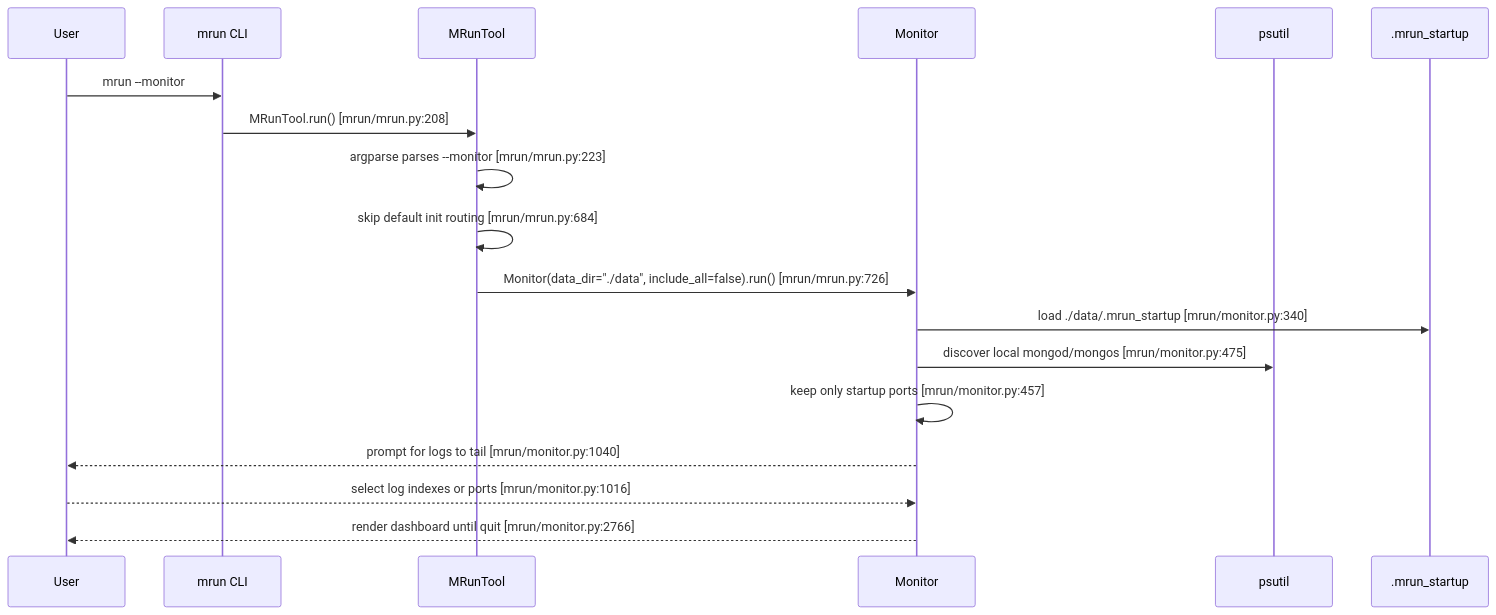
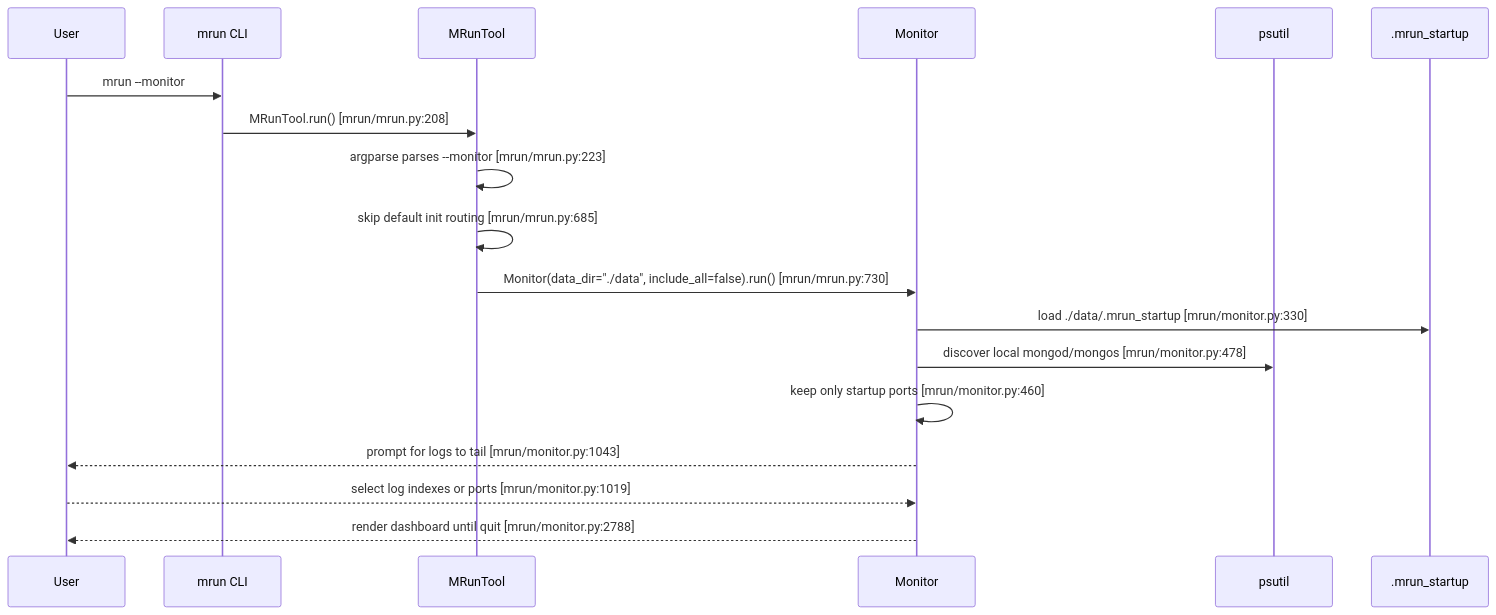
The first of 11 diagrams in doc/feature-monitor-guide.md (mongodb/mlaunch), drawn with Mermaid before and after one commit. The commit also changed other lines of this file and 2 other files, not shown here.

````diff
--- a/doc/feature-monitor-guide.md
+++ b/doc/feature-monitor-guide.md
@@ -143,21 +146,21 @@
 ```mermaid
 sequenceDiagram
     participant User
     participant CLI as mrun CLI
     participant Tool as MRunTool
     participant Monitor as Monitor
     participant PS as psutil
     participant FS as .mrun_startup
 
     User->>CLI: mrun --monitor
     CLI->>Tool: MRunTool.run() [mrun/mrun.py:208]
     Tool->>Tool: argparse parses --monitor [mrun/mrun.py:223]
-    Tool->>Tool: skip default init routing [mrun/mrun.py:684]
-    Tool->>Monitor: Monitor(data_dir="./data", include_all=false).run() [mrun/mrun.py:726]
-    Monitor->>FS: load ./data/.mrun_startup [mrun/monitor.py:340]
-    Monitor->>PS: discover local mongod/mongos [mrun/monitor.py:475]
-    Monitor->>Monitor: keep only startup ports [mrun/monitor.py:457]
-    Monitor-->>User: prompt for logs to tail [mrun/monitor.py:1040]
-    User-->>Monitor: select log indexes or ports [mrun/monitor.py:1016]
-    Monitor-->>User: render dashboard until quit [mrun/monitor.py:2766]
+    Tool->>Tool: skip default init routing [mrun/mrun.py:685]
+    Tool->>Monitor: Monitor(data_dir="./data", include_all=false).run() [mrun/mrun.py:730]
+    Monitor->>FS: load ./data/.mrun_startup [mrun/monitor.py:330]
+    Monitor->>PS: discover local mongod/mongos [mrun/monitor.py:478]
+    Monitor->>Monitor: keep only startup ports [mrun/monitor.py:460]
+    Monitor-->>User: prompt for logs to tail [mrun/monitor.py:1043]
+    User-->>Monitor: select log indexes or ports [mrun/monitor.py:1019]
+    Monitor-->>User: render dashboard until quit [mrun/monitor.py:2788]
 ```
````
